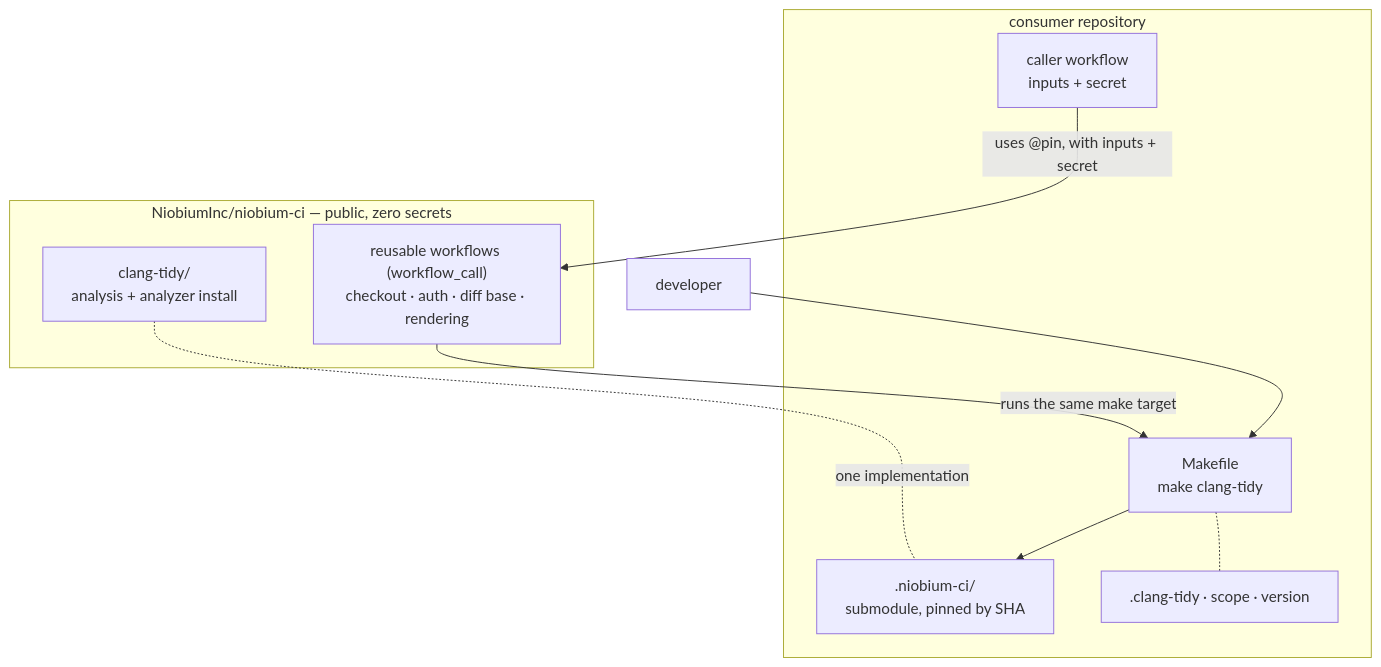
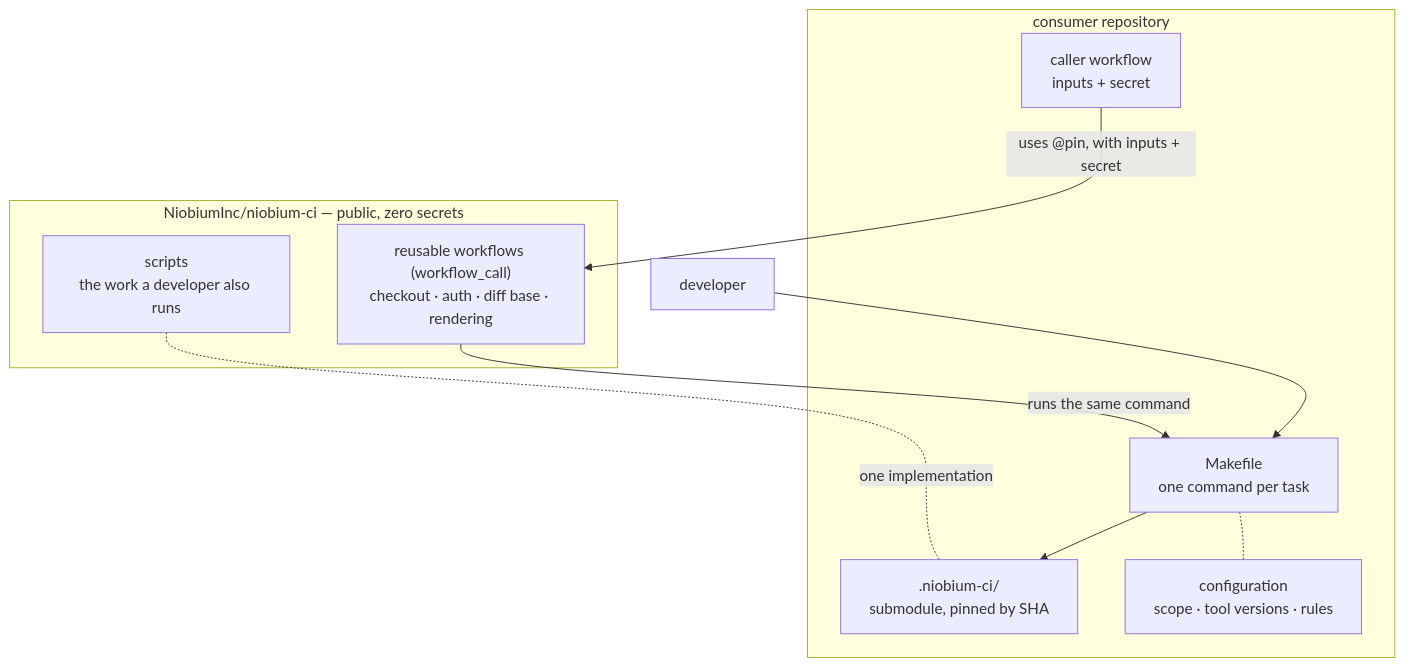
The first of 2 diagrams in README.md (NiobiumInc/niobium-ci), drawn with Mermaid before and after one commit. The commit also changed other lines of this file, not shown here.

First line of the commit message:
docs: describe the shared pattern rather than one capability

````diff
--- a/README.md
+++ b/README.md
@@ -23,19 +26,19 @@
 ```mermaid
 flowchart TD
   subgraph shared["NiobiumInc/niobium-ci — public, zero secrets"]
     RW["reusable workflows (workflow_call)<br/>checkout · auth · diff base · rendering"]
-    SC["clang-tidy/<br/>analysis + analyzer install"]
+    SC["scripts<br/>the work a developer also runs"]
   end
   subgraph consumer["consumer repository"]
     CW["caller workflow<br/>inputs + secret"]
-    MK["Makefile<br/>make clang-tidy"]
+    MK["Makefile<br/>one command per task"]
     SM[".niobium-ci/<br/>submodule, pinned by SHA"]
-    CFG[".clang-tidy · scope · version"]
+    CFG["configuration<br/>scope · tool versions · rules"]
   end
   DEV["developer"] --> MK
   CW -- "uses @pin, with inputs + secret" --> RW
-  RW -- "runs the same make target" --> MK
+  RW -- "runs the same command" --> MK
   MK --> SM
   MK -.- CFG
   SC -. "one implementation" .- SM
 ```
````
